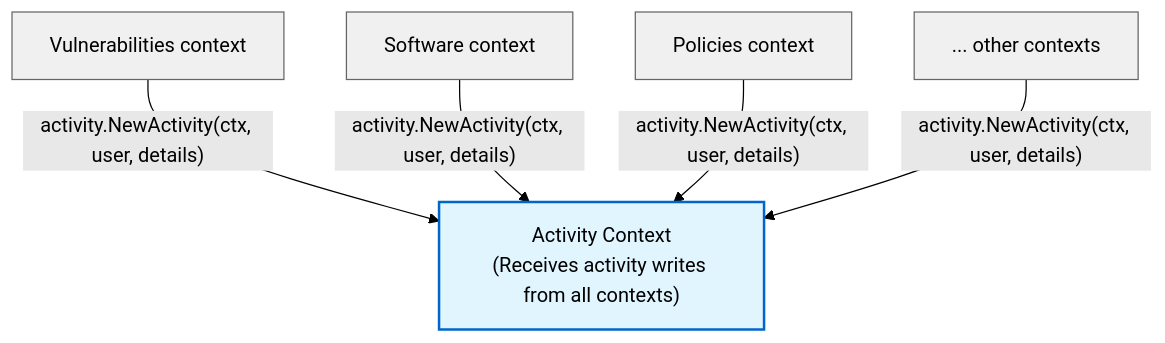
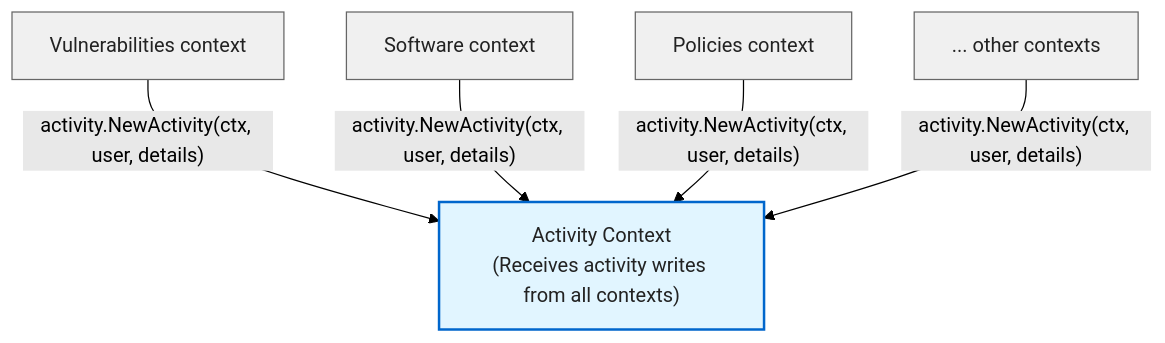
Before and after one commit to fleetdm/fleet: the diagram in docs/Contributing/adr/0007-pilot-activity-bounded-context.md, drawn with Mermaid (forest theme). The commit also changed other lines of this file, not shown here.

````diff
--- a/docs/Contributing/adr/0007-pilot-activity-bounded-context.md
+++ b/docs/Contributing/adr/0007-pilot-activity-bounded-context.md
@@ -186,20 +186,20 @@
 ```mermaid
 graph TD
     Activity["Activity Context<br/>(Receives activity writes from all contexts)"]
 
     Vulnerabilities[Vulnerabilities context]
     Software[Software context]
     Policies[Policies context]
     Others[... other contexts]
 
     Vulnerabilities -->|"activity.NewActivity(ctx, user, details)"| Activity
     Software -->|"activity.NewActivity(ctx, user, details)"| Activity
     Policies -->|"activity.NewActivity(ctx, user, details)"| Activity
     Others -->|"activity.NewActivity(ctx, user, details)"| Activity
 
-    style Activity fill:#e1f5ff,stroke:#0066cc,stroke-width:2px
-    style Vulnerabilities fill:#f0f0f0,stroke:#666,stroke-width:1px
-    style Software fill:#f0f0f0,stroke:#666,stroke-width:1px
-    style Policies fill:#f0f0f0,stroke:#666,stroke-width:1px
-    style Others fill:#f0f0f0,stroke:#666,stroke-width:1px
+    style Activity fill:#e1f5ff,stroke:#0066cc,stroke-width:2px,color:#222
+    style Vulnerabilities fill:#f0f0f0,stroke:#666,stroke-width:1px,color:#222
+    style Software fill:#f0f0f0,stroke:#666,stroke-width:1px,color:#222
+    style Policies fill:#f0f0f0,stroke:#666,stroke-width:1px,color:#222
+    style Others fill:#f0f0f0,stroke:#666,stroke-width:1px,color:#222
 ```
````
